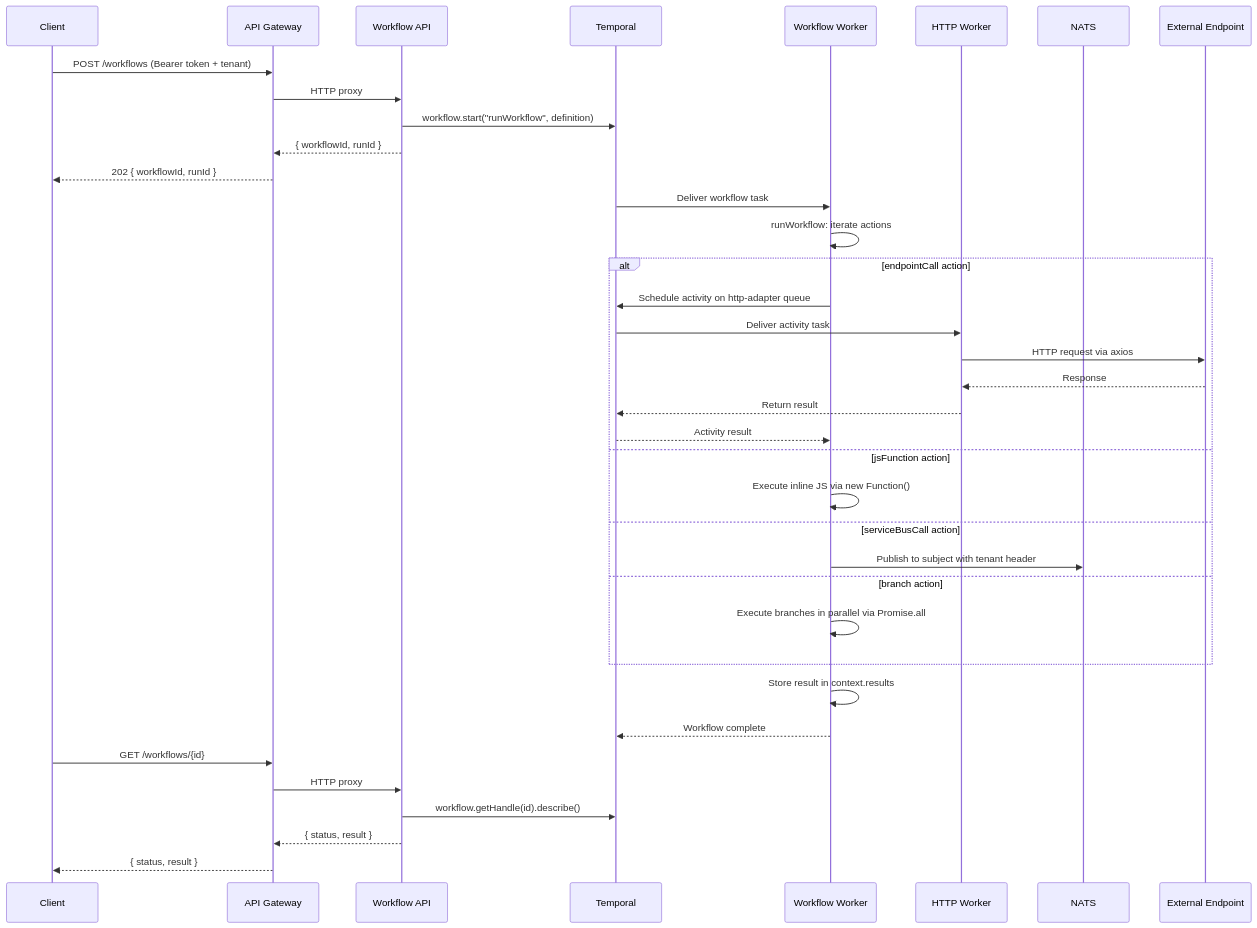
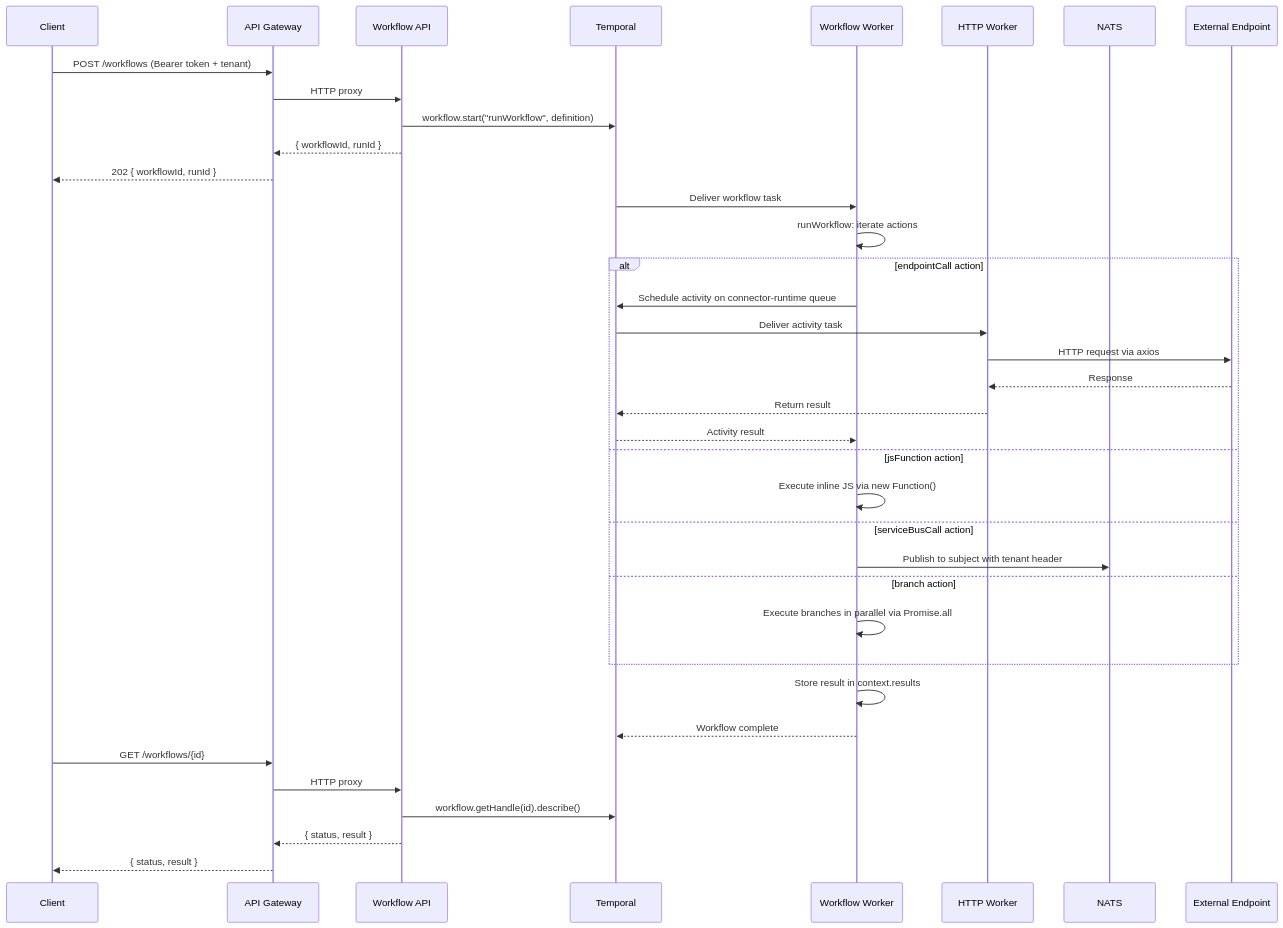
One commit to ccarnero/colloqui changed the third of 11 diagrams in DOCS/01-ARCHITECTURE.md. Above: the diagram before and after it, drawn with Mermaid. The commit also changed other lines of this file and 418 other files, not shown here.

First line of the commit message:
Merged PR 3855: Remove services. Rename http-adapter/adapter-service. Update docs

````diff
--- a/DOCS/01-ARCHITECTURE.md
+++ b/DOCS/01-ARCHITECTURE.md
@@ -157,44 +147,44 @@
 ```mermaid
 sequenceDiagram
     participant C as Client
     participant GW as API Gateway
     participant WF as Workflow API
     participant T as Temporal
     participant WW as Workflow Worker
     participant HW as HTTP Worker
     participant NATS as NATS
     participant EXT as External Endpoint
 
     C->>GW: POST /workflows (Bearer token + tenant)
     GW->>WF: HTTP proxy
     WF->>T: workflow.start("runWorkflow", definition)
     WF-->>GW: { workflowId, runId }
     GW-->>C: 202 { workflowId, runId }
 
     T->>WW: Deliver workflow task
     WW->>WW: runWorkflow: iterate actions
 
     alt endpointCall action
-        WW->>T: Schedule activity on http-adapter queue
+        WW->>T: Schedule activity on connector-runtime queue
         T->>HW: Deliver activity task
         HW->>EXT: HTTP request via axios
         EXT-->>HW: Response
         HW-->>T: Return result
         T-->>WW: Activity result
     else jsFunction action
         WW->>WW: Execute inline JS via new Function()
     else serviceBusCall action
         WW->>NATS: Publish to subject with tenant header
     else branch action
         WW->>WW: Execute branches in parallel via Promise.all
     end
 
     WW->>WW: Store result in context.results
     WW-->>T: Workflow complete
 
     C->>GW: GET /workflows/{id}
     GW->>WF: HTTP proxy
     WF->>T: workflow.getHandle(id).describe()
     WF-->>GW: { status, result }
     GW-->>C: { status, result }
 ```
````
